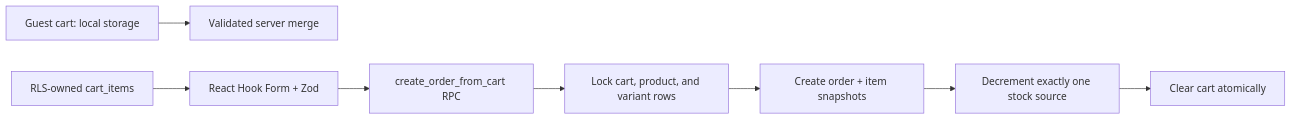
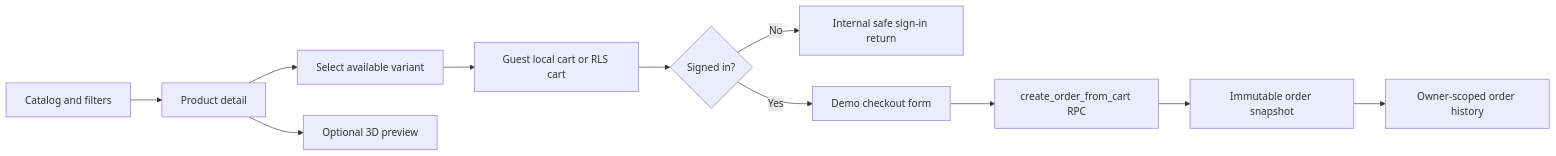
The third of 6 diagrams in docs/ARCHITECTURE.md (VRustam/sneakerlab), drawn with Mermaid before and after one commit. The commit also changed other lines of this file and 113 other files, not shown here.

````diff
--- a/docs/ARCHITECTURE.md
+++ b/docs/ARCHITECTURE.md
@@ -57,10 +48,13 @@
 ```mermaid
 flowchart LR
-  Guest["Guest cart: local storage"] --> Merge["Validated server merge"]
-  UserCart["RLS-owned cart_items"] --> Checkout["React Hook Form + Zod"]
-  Checkout --> RPC["create_order_from_cart RPC"]
-  RPC --> Lock["Lock cart, product, and variant rows"]
-  Lock --> Snapshot["Create order + item snapshots"]
-  Snapshot --> Decrement["Decrement exactly one stock source"]
-  Decrement --> Clear["Clear cart atomically"]
+  Browse["Catalog and filters"] --> Detail["Product detail"]
+  Detail --> Variant["Select available variant"]
+  Detail --> Model["Optional 3D preview"]
+  Variant --> Cart["Guest local cart or RLS cart"]
+  Cart --> Login{"Signed in?"}
+  Login -- No --> SignIn["Internal safe sign-in return"]
+  Login -- Yes --> Checkout["Demo checkout form"]
+  Checkout --> Rpc["create_order_from_cart RPC"]
+  Rpc --> Order["Immutable order snapshot"]
+  Order --> History["Owner-scoped order history"]
 ```
````
